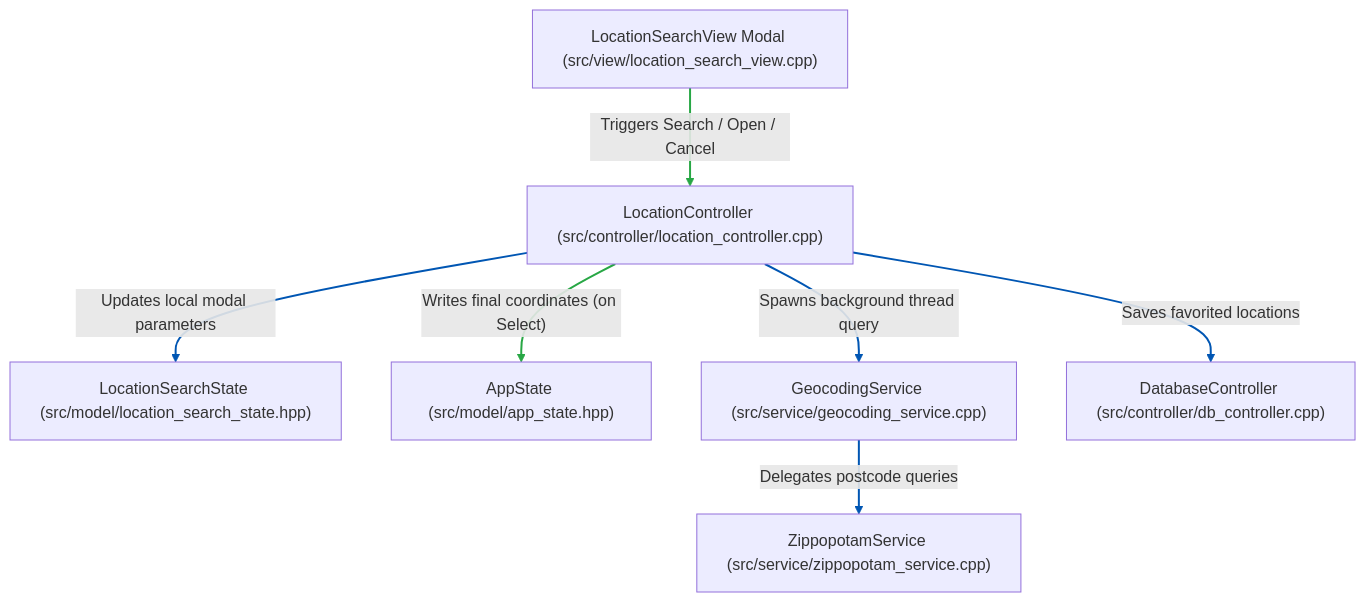
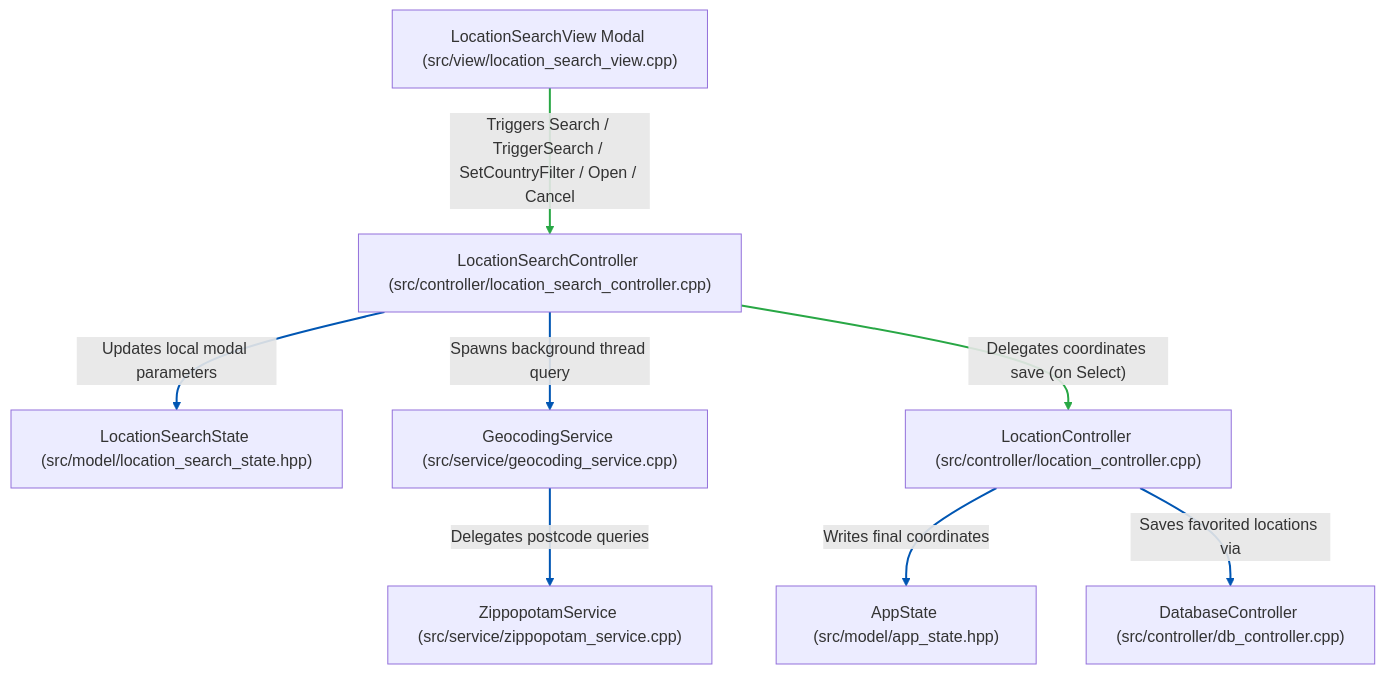
The second of 7 diagrams in docs/separation-of-concerns.md (MallocNexus/weather_cli), drawn with Mermaid before and after one commit. The commit also changed other lines of this file and 21 other files, not shown here.

First line of the commit message:
Refactor Location Search Functionality

````diff
--- a/docs/separation-of-concerns.md
+++ b/docs/separation-of-concerns.md
@@ -136,23 +152,25 @@
 ```mermaid
 graph TD
     LocView["LocationSearchView Modal (src/view/location_search_view.cpp)"]
+    SearchCtrl["LocationSearchController (src/controller/location_search_controller.cpp)"]
+    SearchState["LocationSearchState (src/model/location_search_state.hpp)"]
     LocCtrl["LocationController (src/controller/location_controller.cpp)"]
-    SearchState["LocationSearchState (src/model/location_search_state.hpp)"]
     AppState["AppState (src/model/app_state.hpp)"]
     Geocoding["GeocodingService (src/service/geocoding_service.cpp)"]
     Zippopotam["ZippopotamService (src/service/zippopotam_service.cpp)"]
     DbCtrl["DatabaseController (src/controller/db_controller.cpp)"]
 
-    LocView -->|"Triggers Search / Open / Cancel"| LocCtrl
-    LocCtrl -->|"Updates local modal parameters"| SearchState
-    LocCtrl -->|"Spawns background thread query"| Geocoding
+    LocView -->|"Triggers Search / TriggerSearch / SetCountryFilter / Open / Cancel"| SearchCtrl
+    SearchCtrl -->|"Updates local modal parameters"| SearchState
+    SearchCtrl -->|"Spawns background thread query"| Geocoding
     Geocoding -->|"Delegates postcode queries"| Zippopotam
-    LocCtrl -->|"Writes final coordinates (on Select)"| AppState
-    LocCtrl -->|"Saves favorited locations"| DbCtrl
+    SearchCtrl -->|"Delegates coordinates save (on Select)"| LocCtrl
+    LocCtrl -->|"Writes final coordinates"| AppState
+    LocCtrl -->|"Saves favorited locations via"| DbCtrl
 
     %% Style Event Green
     linkStyle 0,4 stroke:#28a745,stroke-width:2px;
 
     %% Style Other Flow Lines Darker Blue
-    linkStyle 1,2,3,5 stroke:#0056b3,stroke-width:2px;
+    linkStyle 1,2,3,5,6 stroke:#0056b3,stroke-width:2px;
 ```
````
